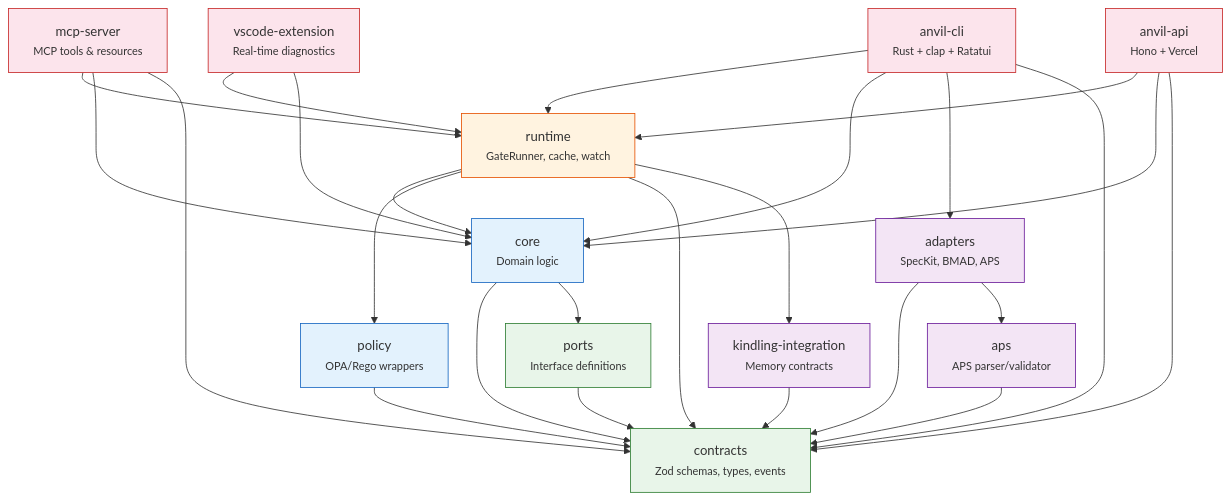
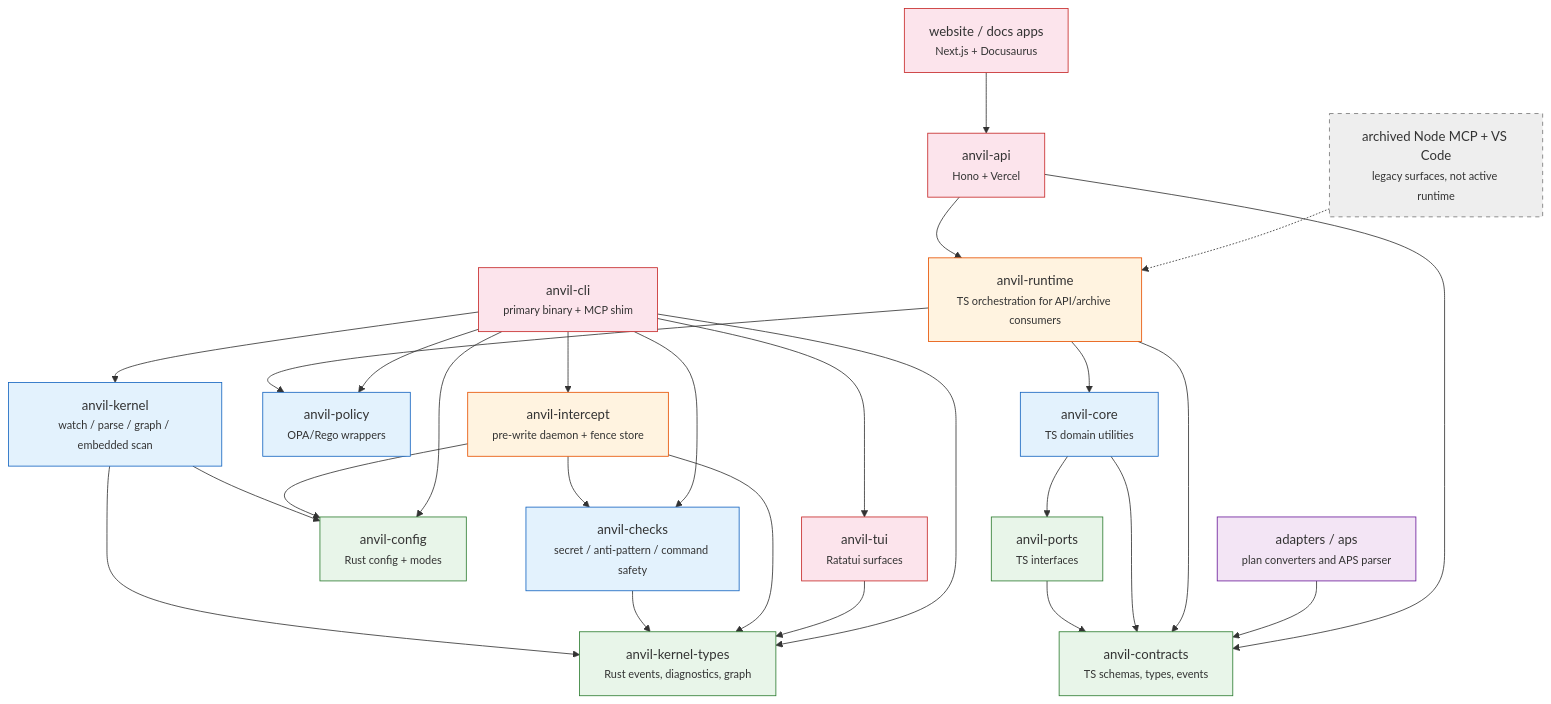
One commit to eddacraft/eddacraft-tui changed the first of 5 diagrams in docs/architecture/overview.md. Above: the diagram before and after it, drawn with Mermaid. The commit also changed other lines of this file and 6 other files, not shown here.

Commit message:
docs(architecture): refresh architecture diagrams

````diff
--- a/docs/architecture/overview.md
+++ b/docs/architecture/overview.md
@@ -102,52 +129,60 @@
 ```mermaid
 graph TD
-    contracts["contracts<br/><small>Zod schemas, types, events</small>"]
-    ports["ports<br/><small>Interface definitions</small>"]
-    core["core<br/><small>Domain logic</small>"]
-    policy["policy<br/><small>OPA/Rego wrappers</small>"]
-    runtime["runtime<br/><small>GateRunner, cache, watch</small>"]
-    adapters["adapters<br/><small>SpecKit, BMAD, APS</small>"]
-    aps["aps<br/><small>APS parser/validator</small>"]
-    mcp["mcp-server<br/><small>MCP tools & resources</small>"]
-    vscode["vscode-extension<br/><small>Real-time diagnostics</small>"]
-    cli["anvil-cli<br/><small>Rust + clap + Ratatui</small>"]
+    contracts["anvil-contracts<br/><small>TS schemas, types, events</small>"]
+    ports["anvil-ports<br/><small>TS interfaces</small>"]
+    ktypes["anvil-kernel-types<br/><small>Rust events, diagnostics, graph</small>"]
+    config["anvil-config<br/><small>Rust config + modes</small>"]
+    core["anvil-core<br/><small>TS domain utilities</small>"]
+    tsruntime["anvil-runtime<br/><small>TS orchestration for API/archive consumers</small>"]
+    policy["anvil-policy<br/><small>OPA/Rego wrappers</small>"]
+    kernel["anvil-kernel<br/><small>watch / parse / graph / embedded scan</small>"]
+    checks["anvil-checks<br/><small>secret / anti-pattern / command safety</small>"]
+    intercept["anvil-intercept<br/><small>pre-write daemon + fence store</small>"]
+    tui["anvil-tui<br/><small>Ratatui surfaces</small>"]
+    cli["anvil-cli<br/><small>primary binary + MCP shim</small>"]
     api["anvil-api<br/><small>Hono + Vercel</small>"]
-    kindling["kindling-integration<br/><small>Memory contracts</small>"]
+    website["website / docs apps<br/><small>Next.js + Docusaurus</small>"]
+    adapters["adapters / aps<br/><small>plan converters and APS parser</small>"]
+    legacy["archived Node MCP + VS Code<br/><small>legacy surfaces, not active runtime</small>"]
 
     ports --> contracts
     core --> contracts
     core --> ports
-    policy --> contracts
-    runtime --> core
-    runtime --> policy
-    runtime --> contracts
-    runtime --> kindling
+    tsruntime --> core
+    tsruntime --> policy
+    tsruntime --> contracts
     adapters --> contracts
-    adapters --> aps
-    aps --> contracts
-    mcp --> runtime
-    mcp --> core
-    mcp --> contracts
-    cli --> runtime
-    cli --> core
-    cli --> adapters
-    cli --> contracts
-    api --> runtime
-    api --> core
+
+    kernel --> ktypes
+    kernel --> config
+    checks --> ktypes
+    intercept --> ktypes
+    intercept --> config
+    intercept --> checks
+    tui --> ktypes
+    cli --> kernel
+    cli --> ktypes
+    cli --> policy
+    cli --> checks
+    cli --> intercept
+    cli --> tui
+    cli --> config
+    api --> tsruntime
     api --> contracts
-    vscode --> runtime
-    vscode --> core
-    kindling --> contracts
+    website --> api
+    legacy -.-> tsruntime
 
     classDef foundation fill:#e8f5e9,stroke:#2e7d32
     classDef domain fill:#e3f2fd,stroke:#1565c0
     classDef orchestration fill:#fff3e0,stroke:#e65100
     classDef surface fill:#fce4ec,stroke:#c62828
     classDef support fill:#f3e5f5,stroke:#6a1b9a
+    classDef archive fill:#eeeeee,stroke:#777,stroke-dasharray: 5 5
 
-    class contracts,ports foundation
-    class core,policy domain
-    class runtime orchestration
-    class cli,api,mcp,vscode surface
-    class adapters,aps,kindling support
+    class contracts,ports,ktypes,config foundation
+    class core,policy,kernel,checks domain
+    class tsruntime,intercept orchestration
+    class cli,tui,api,website surface
+    class adapters support
+    class legacy archive
 ```
````
